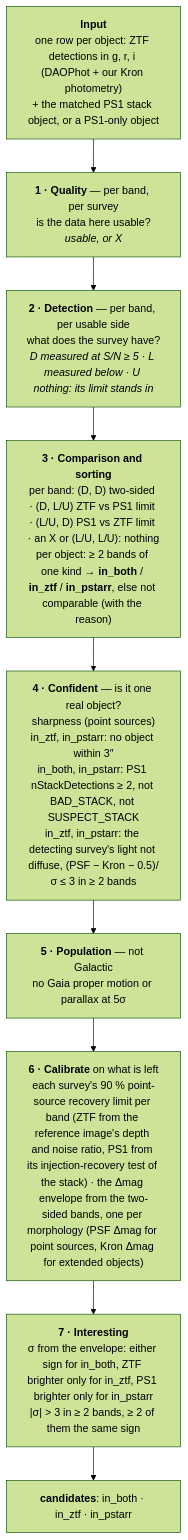
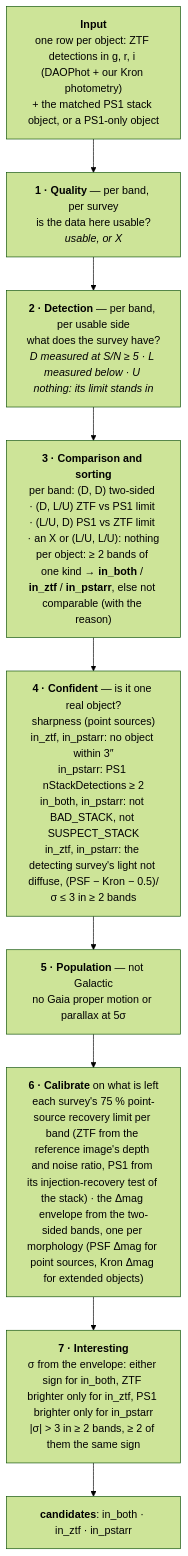
Before and after one commit to Adam-Boesky/long_transients2: the diagram in README.md, drawn with Mermaid (forest theme). The commit also changed other lines of this file and 8 other files, not shown here.

First line of the commit message:
nStackDetections for in_pstarr only; recovery limits at 75%; recovery notebook stamps; spot-check figures for every check

````diff
--- a/README.md
+++ b/README.md
@@ -5,13 +5,13 @@
 ```mermaid
 flowchart TD
     IN["<b>Input</b><br/>one row per object: ZTF detections in g, r, i (DAOPhot + our Kron photometry)<br/>+ the matched PS1 stack object, or a PS1-only object"]
     Q["<b>1 · Quality</b> — per band, per survey<br/>is the data here usable?<br/><i>usable, or X</i>"]
     D["<b>2 · Detection</b> — per band, per usable side<br/>what does the survey have?<br/><i>D measured at S/N ≥ 5 · L measured below · U nothing: its limit stands in</i>"]
     S["<b>3 · Comparison and sorting</b><br/>per band: (D, D) two-sided · (D, L/U) ZTF vs PS1 limit · (L/U, D) PS1 vs ZTF limit · an X or (L/U, L/U): nothing<br/>per object: ≥ 2 bands of one kind → <b>in_both</b> / <b>in_ztf</b> / <b>in_pstarr</b>, else not comparable (with the reason)"]
-    CONF["<b>4 · Confident</b> — is it one real object?<br/>sharpness (point sources)<br/>in_ztf, in_pstarr: no object within 3″<br/>in_both, in_pstarr: PS1 nStackDetections ≥ 2, not BAD_STACK, not SUSPECT_STACK<br/>in_ztf, in_pstarr: the detecting survey's light not diffuse, (PSF − Kron − 0.5)/σ ≤ 3 in ≥ 2 bands"]
+    CONF["<b>4 · Confident</b> — is it one real object?<br/>sharpness (point sources)<br/>in_ztf, in_pstarr: no object within 3″<br/>in_pstarr: PS1 nStackDetections ≥ 2<br/>in_both, in_pstarr: not BAD_STACK, not SUSPECT_STACK<br/>in_ztf, in_pstarr: the detecting survey's light not diffuse, (PSF − Kron − 0.5)/σ ≤ 3 in ≥ 2 bands"]
     POP["<b>5 · Population</b> — not Galactic<br/>no Gaia proper motion or parallax at 5σ"]
-    CAL["<b>6 · Calibrate</b> on what is left<br/>each survey's 90 % point-source recovery limit per band (ZTF from the reference image's depth and noise ratio, PS1 from its injection-recovery test of the stack) · the Δmag envelope from the two-sided bands, one per morphology (PSF Δmag for point sources, Kron Δmag for extended objects)"]
+    CAL["<b>6 · Calibrate</b> on what is left<br/>each survey's 75 % point-source recovery limit per band (ZTF from the reference image's depth and noise ratio, PS1 from its injection-recovery test of the stack) · the Δmag envelope from the two-sided bands, one per morphology (PSF Δmag for point sources, Kron Δmag for extended objects)"]
     INT["<b>7 · Interesting</b><br/>σ from the envelope: either sign for in_both, ZTF brighter only for in_ztf, PS1 brighter only for in_pstarr<br/>|σ| > 3 in ≥ 2 bands, ≥ 2 of them the same sign"]
     OUT["<b>candidates</b>: in_both · in_ztf · in_pstarr"]
     IN --> Q --> D --> S --> CONF --> POP --> CAL --> INT --> OUT
 ```
````
